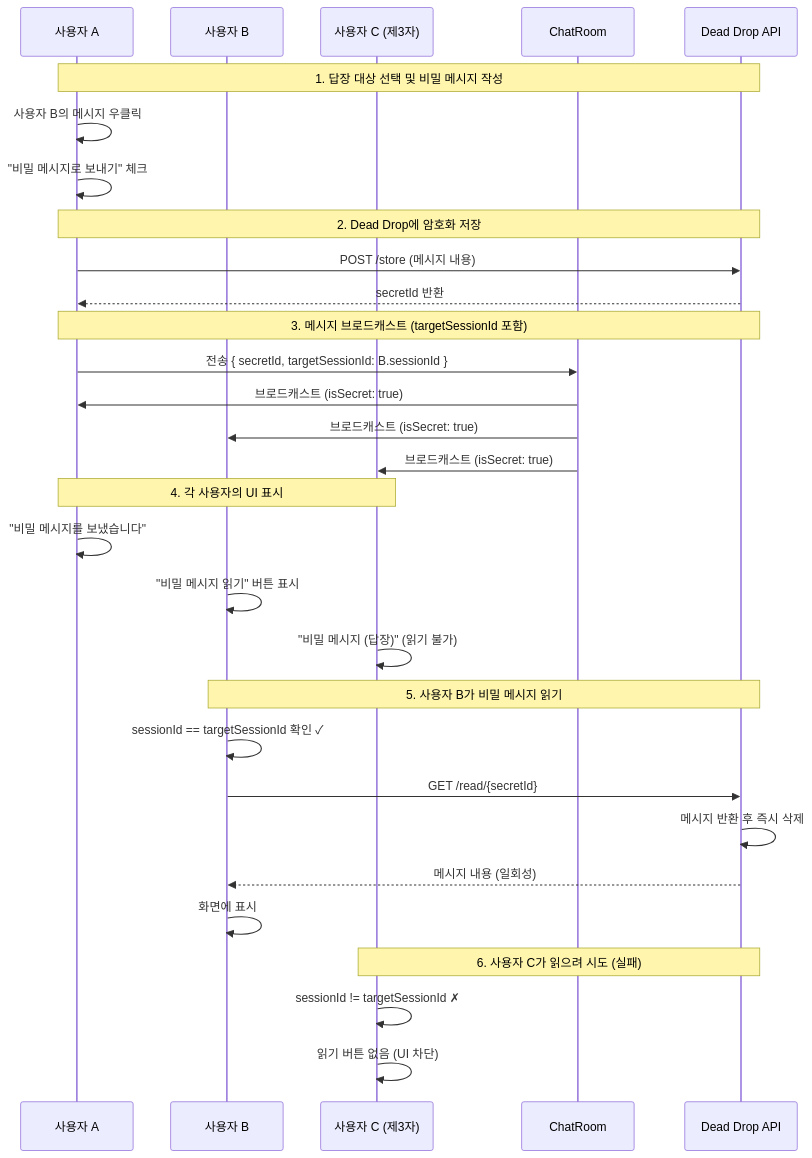
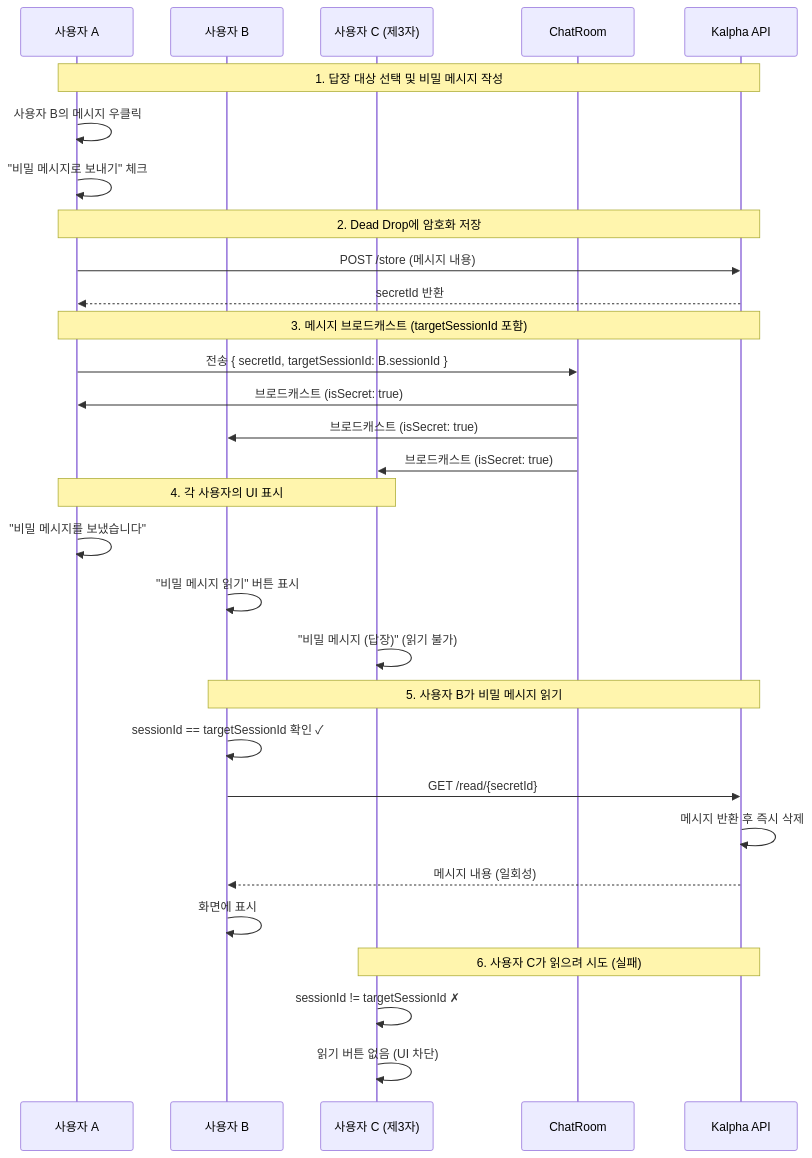
Before and after one commit to gguatit/Anonymous_Chat: the second of 2 diagrams in README.md, drawn with Mermaid. The commit also changed other lines of this file and 4 other files, not shown here.

````diff
--- a/README.md
+++ b/README.md
@@ -300,38 +307,38 @@
 ```mermaid
 sequenceDiagram
     participant A as 사용자 A
     participant B as 사용자 B
     participant C as 사용자 C (제3자)
     participant Chat as ChatRoom
-    participant DD as Dead Drop API
+    participant DD as Kalpha API
 
     Note over A,DD: 1. 답장 대상 선택 및 비밀 메시지 작성
     A->>A: 사용자 B의 메시지 우클릭
     A->>A: "비밀 메시지로 보내기" 체크
     
     Note over A,DD: 2. Dead Drop에 암호화 저장
     A->>DD: POST /store (메시지 내용)
     DD-->>A: secretId 반환
     
     Note over A,DD: 3. 메시지 브로드캐스트 (targetSessionId 포함)
     A->>Chat: 전송 { secretId, targetSessionId: B.sessionId }
     Chat->>A: 브로드캐스트 (isSecret: true)
     Chat->>B: 브로드캐스트 (isSecret: true)
     Chat->>C: 브로드캐스트 (isSecret: true)
     
     Note over A,C: 4. 각 사용자의 UI 표시
     A->>A: "비밀 메시지를 보냈습니다"
     B->>B: "비밀 메시지 읽기" 버튼 표시
     C->>C: "비밀 메시지 (답장)" (읽기 불가)
     
     Note over B,DD: 5. 사용자 B가 비밀 메시지 읽기
     B->>B: sessionId == targetSessionId 확인 ✓
     B->>DD: GET /read/{secretId}
     DD->>DD: 메시지 반환 후 즉시 삭제
     DD-->>B: 메시지 내용 (일회성)
     B->>B: 화면에 표시
     
     Note over C,DD: 6. 사용자 C가 읽으려 시도 (실패)
     C->>C: sessionId != targetSessionId ✗
     C->>C: 읽기 버튼 없음 (UI 차단)
 ```
````
